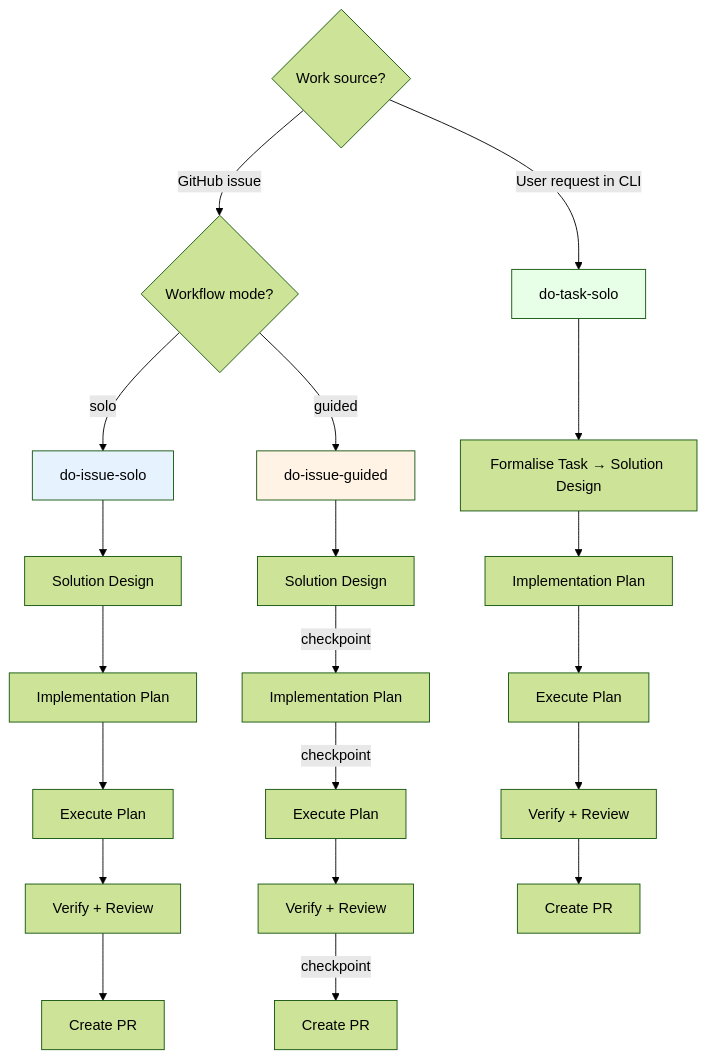
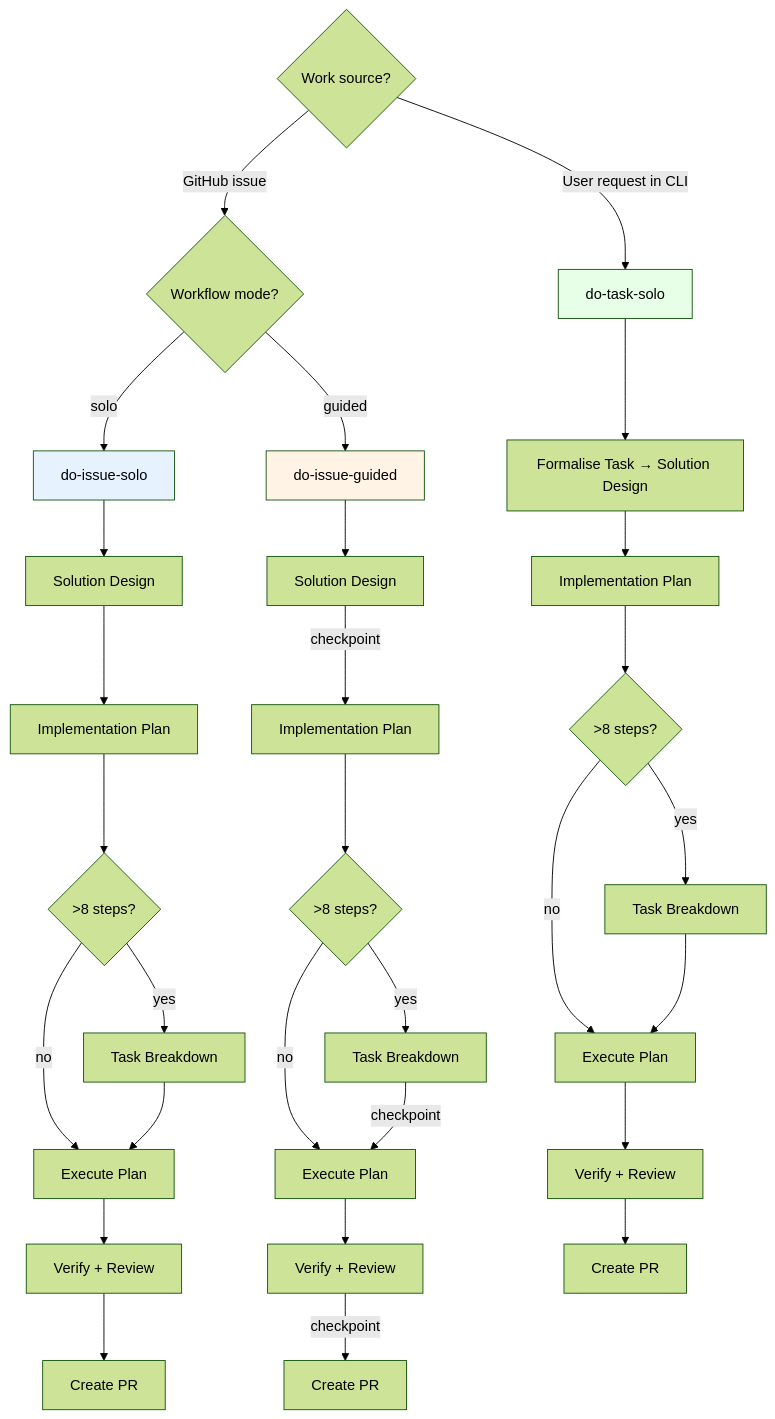
One commit to thermiteau/maverick changed the second of 2 diagrams in docs/architecture.md. Above: the diagram before and after it, drawn with Mermaid (forest theme). The commit also changed other lines of this file and 20 other files, not shown here.

First line of the commit message:
feat: add task-breakdown skill for decomposing large implementation plans

````diff
--- a/docs/architecture.md
+++ b/docs/architecture.md
@@ -65,32 +65,38 @@
 ```mermaid
 flowchart TD
     SOURCE{"Work source?"}
 
     SOURCE -->|"GitHub issue"| ISSUEMODE{"Workflow mode?"}
     SOURCE -->|"User request in CLI"| TASK["do-task-solo"]
 
     ISSUEMODE -->|"solo"| SOLO["do-issue-solo"]
     ISSUEMODE -->|"guided"| GUIDED["do-issue-guided"]
 
     SOLO --> SD1["Solution Design"]
     SD1 --> IP1["Implementation Plan"]
-    IP1 --> EXEC1["Execute Plan"]
+    IP1 --> SCOPE1{">8 steps?"}
+    SCOPE1 -->|"no"| EXEC1["Execute Plan"]
+    SCOPE1 -->|"yes"| TB1["Task Breakdown"] --> EXEC1
     EXEC1 --> VERIFY1["Verify + Review"]
     VERIFY1 --> PR1["Create PR"]
 
     GUIDED --> SD2["Solution Design"]
     SD2 -->|"checkpoint"| IP2["Implementation Plan"]
-    IP2 -->|"checkpoint"| EXEC2["Execute Plan"]
+    IP2 --> SCOPE2{">8 steps?"}
+    SCOPE2 -->|"no"| EXEC2["Execute Plan"]
+    SCOPE2 -->|"yes"| TB2["Task Breakdown"] -->|"checkpoint"| EXEC2
     EXEC2 --> VERIFY2["Verify + Review"]
     VERIFY2 -->|"checkpoint"| PR2["Create PR"]
 
     TASK --> SD3["Formalise Task → Solution Design"]
     SD3 --> IP3["Implementation Plan"]
-    IP3 --> EXEC3["Execute Plan"]
+    IP3 --> SCOPE3{">8 steps?"}
+    SCOPE3 -->|"no"| EXEC3["Execute Plan"]
+    SCOPE3 -->|"yes"| TB3["Task Breakdown"] --> EXEC3
     EXEC3 --> VERIFY3["Verify + Review"]
     VERIFY3 --> PR3["Create PR"]
 
     style SOLO fill:#e6f3ff
     style GUIDED fill:#fff3e6
     style TASK fill:#e6ffe6
 ```
````
